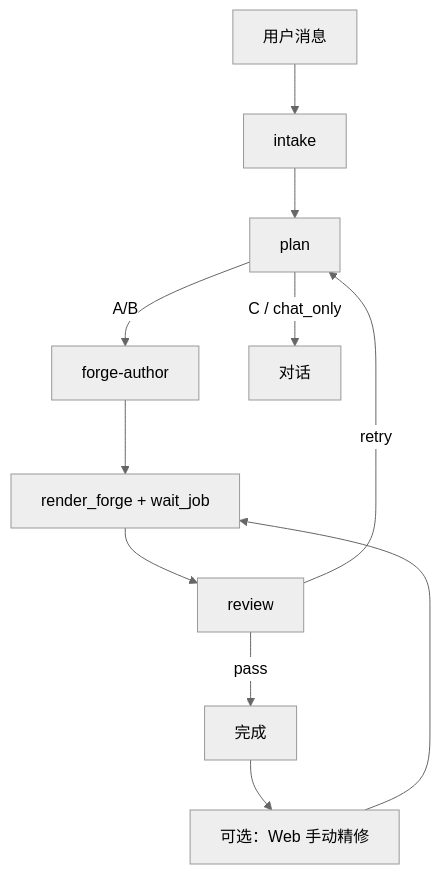
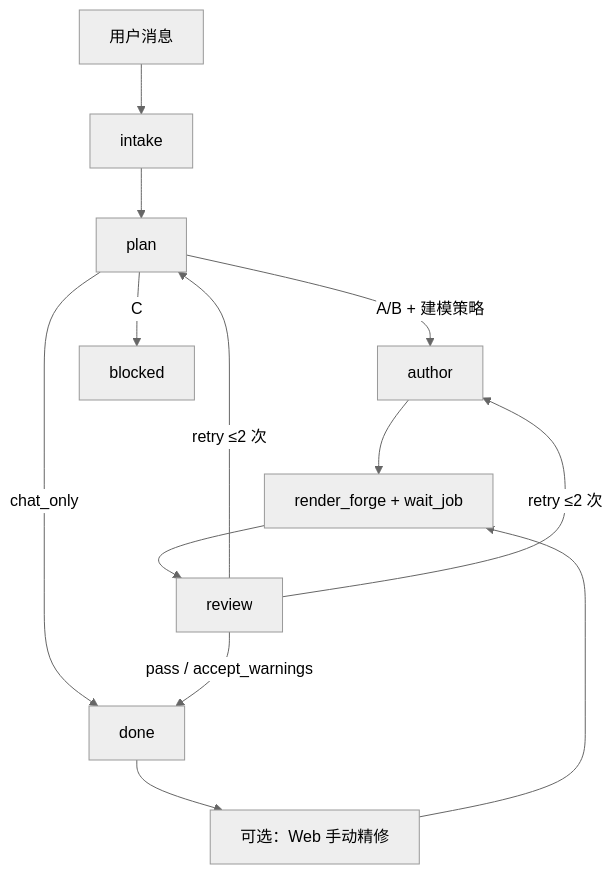
The diagram in docs/design-pipeline.md (manwjh/Notion3D), drawn with Mermaid (neutral theme) before and after one commit. The commit also changed other lines of this file and 68 other files, not shown here.

````diff
--- a/docs/design-pipeline.md
+++ b/docs/design-pipeline.md
@@ -7,13 +7,15 @@
 ```mermaid
 flowchart TD
   U[用户消息] --> I[intake]
   I --> P[plan]
-  P -->|A/B| A[forge-author]
-  P -->|C / chat_only| Chat[对话]
+  P -->|A/B + 建模策略| A[author]
+  P -->|C| Blocked[blocked]
+  P -->|chat_only| Done[done]
   A --> R[render_forge + wait_job]
   R --> V[review]
-  V -->|pass| Done[完成]
-  V -->|retry| P
+  V -->|pass / accept_warnings| Done
+  V -->|retry ≤2 次| P
+  V -->|retry ≤2 次| A
   Done --> Manual[可选：Web 手动精修]
   Manual --> R
 ```
````
